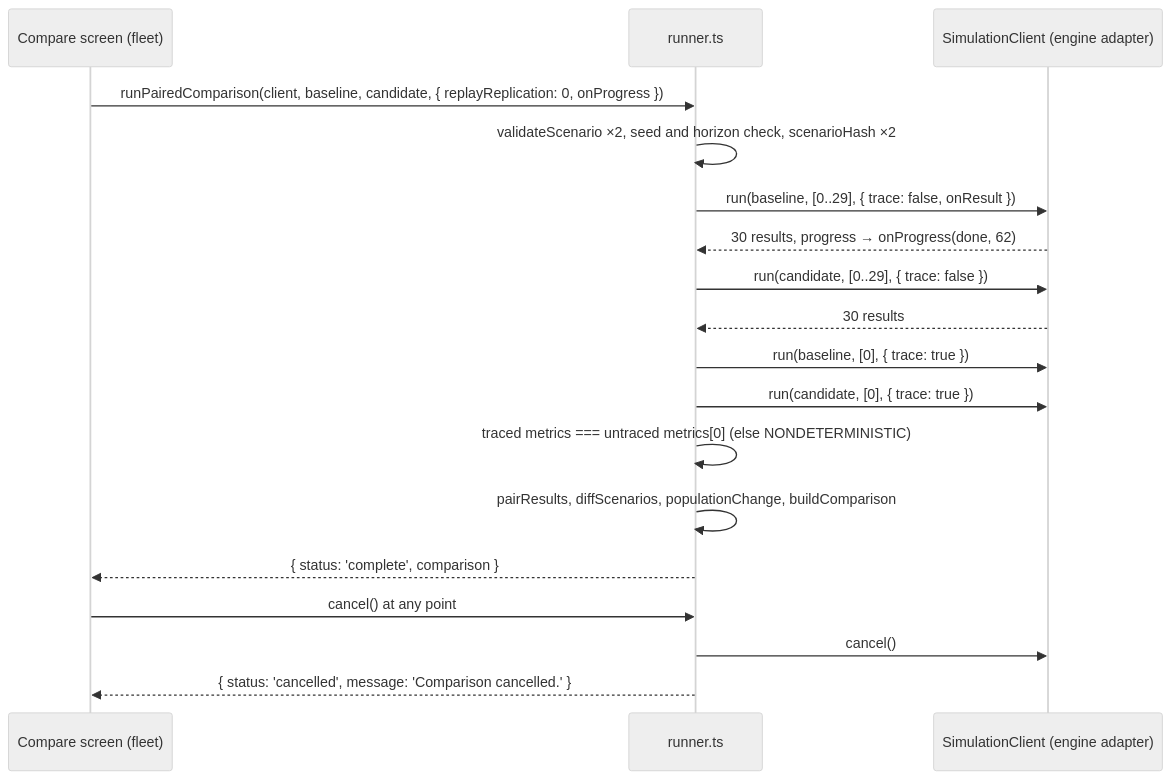
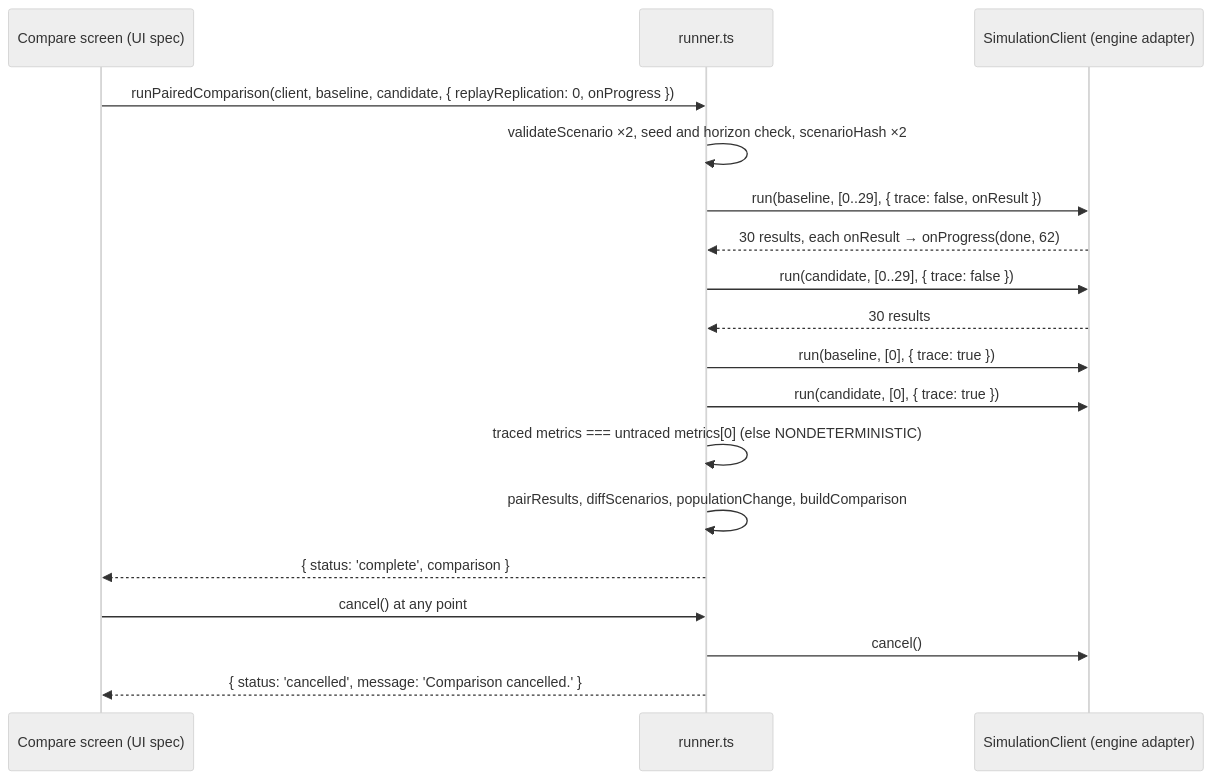
One commit to Midknight56/rehearsal changed the second of 2 diagrams in .kiro/specs/paired-comparison-and-release/design.md. Above: the diagram before and after it, drawn with Mermaid (neutral theme). The commit also changed other lines of this file and 2 other files, not shown here.

First line of the commit message:
Review of the paired-comparison-and-release spec

````diff
--- a/.kiro/specs/paired-comparison-and-release/design.md
+++ b/.kiro/specs/paired-comparison-and-release/design.md
@@ -35,20 +35,20 @@
 ```mermaid
 sequenceDiagram
-  participant UI as Compare screen (fleet)
+  participant UI as Compare screen (UI spec)
   participant RN as runner.ts
   participant CL as SimulationClient (engine adapter)
   UI->>RN: runPairedComparison(client, baseline, candidate, { replayReplication: 0, onProgress })
   RN->>RN: validateScenario ×2, seed and horizon check, scenarioHash ×2
   RN->>CL: run(baseline, [0..29], { trace: false, onResult })
-  CL-->>RN: 30 results, progress → onProgress(done, 62)
+  CL-->>RN: 30 results, each onResult → onProgress(done, 62)
   RN->>CL: run(candidate, [0..29], { trace: false })
   CL-->>RN: 30 results
   RN->>CL: run(baseline, [0], { trace: true })
   RN->>CL: run(candidate, [0], { trace: true })
   RN->>RN: traced metrics === untraced metrics[0] (else NONDETERMINISTIC)
   RN->>RN: pairResults, diffScenarios, populationChange, buildComparison
   RN-->>UI: { status: 'complete', comparison }
   UI->>RN: cancel() at any point
   RN->>CL: cancel()
   RN-->>UI: { status: 'cancelled', message: 'Comparison cancelled.' }
 ```
````
